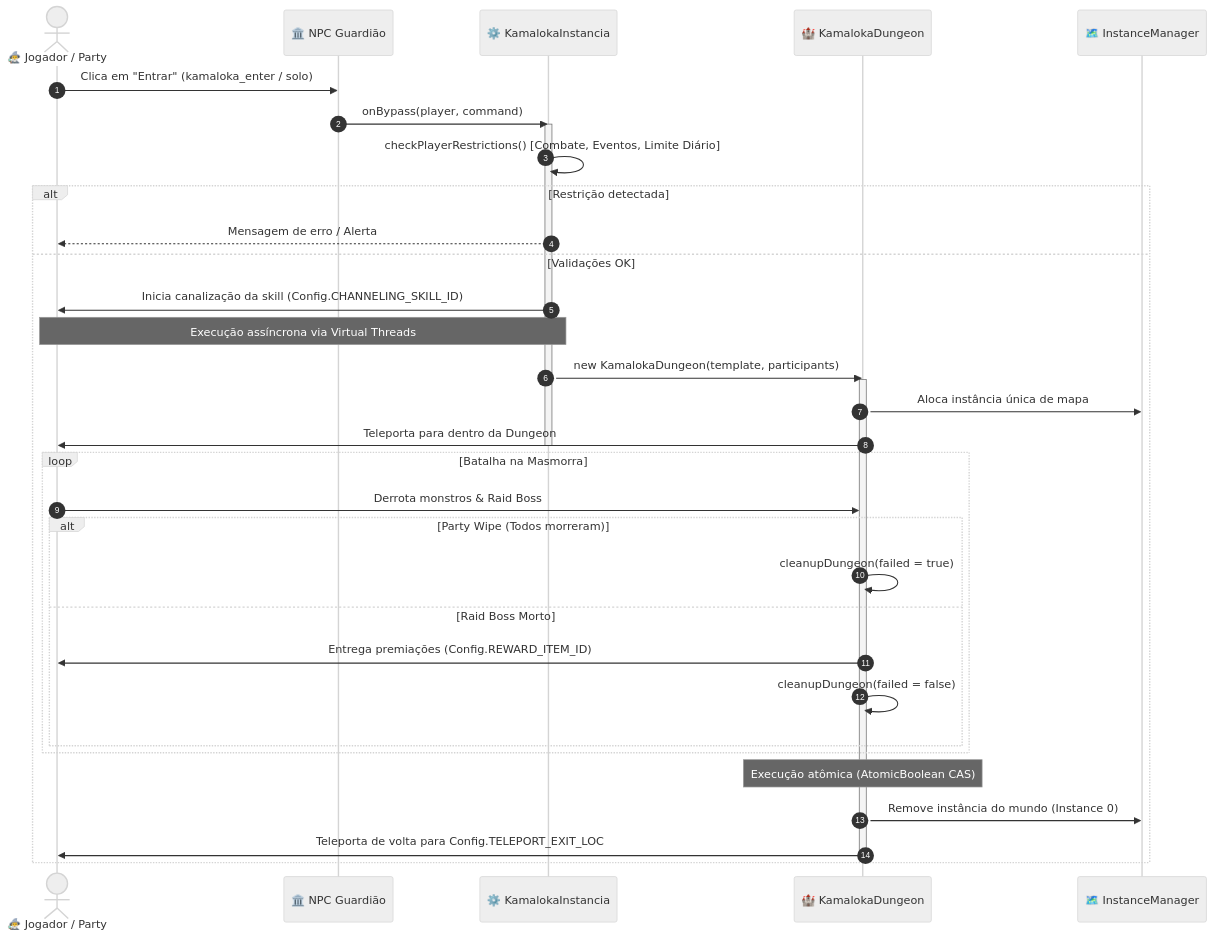
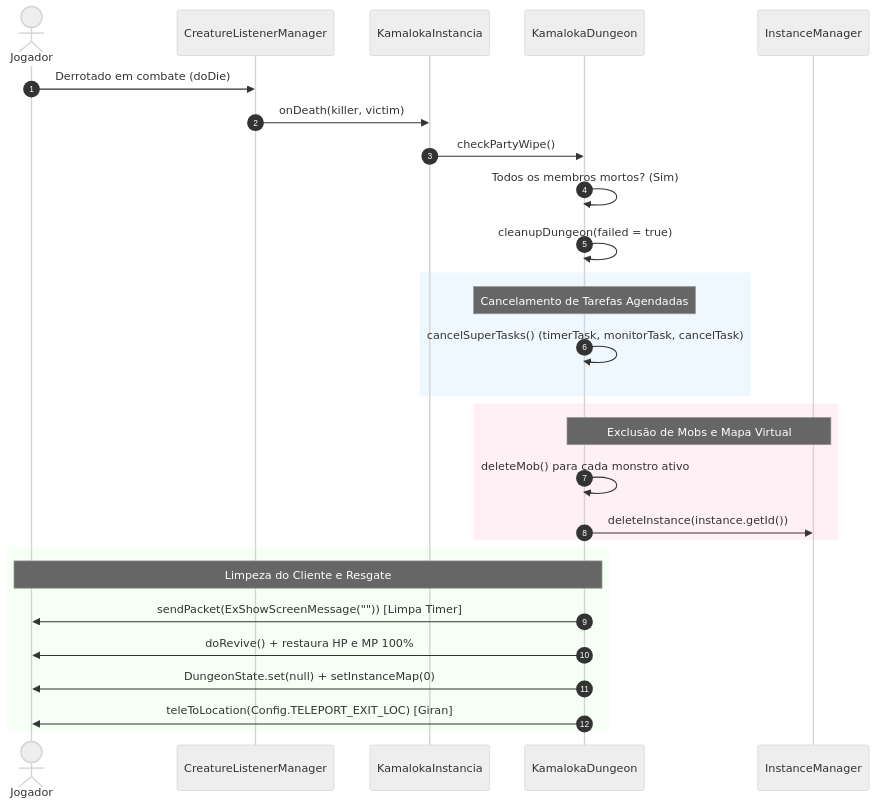
The second of 2 diagrams in README.md (Dhousefe/KamalokaInstance), drawn with Mermaid (neutral theme) before and after one commit. The commit also changed other lines of this file and 8 other files, not shown here.

Commit message:
Implement entry fee system for Solo and Party modes in kamaloka configuration; removed monster status multipliers.

````diff
--- a/README.md
+++ b/README.md
@@ -135,41 +159,34 @@
 ```mermaid
 sequenceDiagram
     autonumber
-    actor Player as 🧙‍♂️ Jogador / Party
-    participant NPC as 🏛️ NPC Guardião
-    participant Mod as ⚙️ KamalokaInstancia
-    participant Dung as 🏰 KamalokaDungeon
-    participant Map as 🗺️ InstanceManager
+    actor Player as Jogador
+    participant CLM as CreatureListenerManager
+    participant KI as KamalokaInstancia
+    participant KD as KamalokaDungeon
+    participant IM as InstanceManager
 
-    Player->>NPC: Clica em "Entrar" (kamaloka_enter / solo)
-    NPC->>Mod: onBypass(player, command)
-    activate Mod
-    Mod->>Mod: checkPlayerRestrictions() [Combate, Eventos, Limite Diário]
+    Player->>CLM: Derrotado em combate (doDie)
+    CLM->>KI: onDeath(killer, victim)
+    KI->>KD: checkPartyWipe()
+    KD->>KD: Todos os membros mortos? (Sim)
+    KD->>KD: cleanupDungeon(failed = true)
     
-    alt Restrição detectada
-        Mod-->>Player: Mensagem de erro / Alerta
-    else Validações OK
-        Mod->>Player: Inicia canalização da skill (Config.CHANNELING_SKILL_ID)
-        Note over Mod,Player: Execução assíncrona via Virtual Threads
-        Mod->>Dung: new KamalokaDungeon(template, participants)
-        activate Dung
-        Dung->>Map: Aloca instância única de mapa
-        Dung->>Player: Teleporta para dentro da Dungeon
-        deactivate Mod
-        
-        loop Batalha na Masmorra
-            Player->>Dung: Derrota monstros & Raid Boss
-            alt Party Wipe (Todos morreram)
-                Dung->>Dung: cleanupDungeon(failed = true)
-            else Raid Boss Morto
-                Dung->>Player: Entrega premiações (Config.REWARD_ITEM_ID)
-                Dung->>Dung: cleanupDungeon(failed = false)
-            end
-        end
-        
-        Note over Dung: Execução atômica (AtomicBoolean CAS)
-        Dung->>Map: Remove instância do mundo (Instance 0)
-        Dung->>Player: Teleporta de volta para Config.TELEPORT_EXIT_LOC
-        deactivate Dung
+    rect rgb(240, 248, 255)
+        Note over KD: Cancelamento de Tarefas Agendadas
+        KD->>KD: cancelSuperTasks() (timerTask, monitorTask, cancelTask)
+    end
+    
+    rect rgb(255, 240, 245)
+        Note over KD, IM: Exclusão de Mobs e Mapa Virtual
+        KD->>KD: deleteMob() para cada monstro ativo
+        KD->>IM: deleteInstance(instance.getId())
+    end
+
+    rect rgb(245, 255, 245)
+        Note over KD, Player: Limpeza do Cliente e Resgate
+        KD->>Player: sendPacket(ExShowScreenMessage("")) [Limpa Timer]
+        KD->>Player: doRevive() + restaura HP e MP 100%
+        KD->>Player: DungeonState.set(null) + setInstanceMap(0)
+        KD->>Player: teleToLocation(Config.TELEPORT_EXIT_LOC) [Giran]
     end
 ```
````
